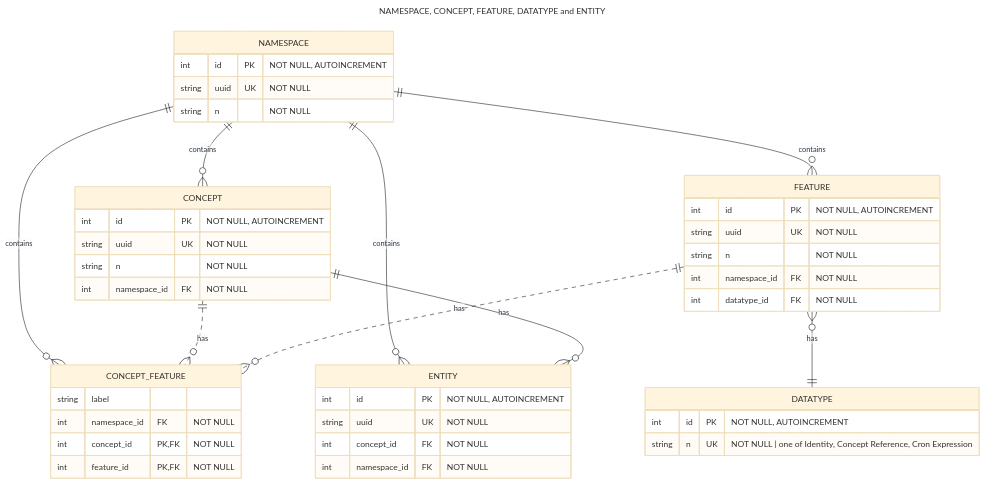
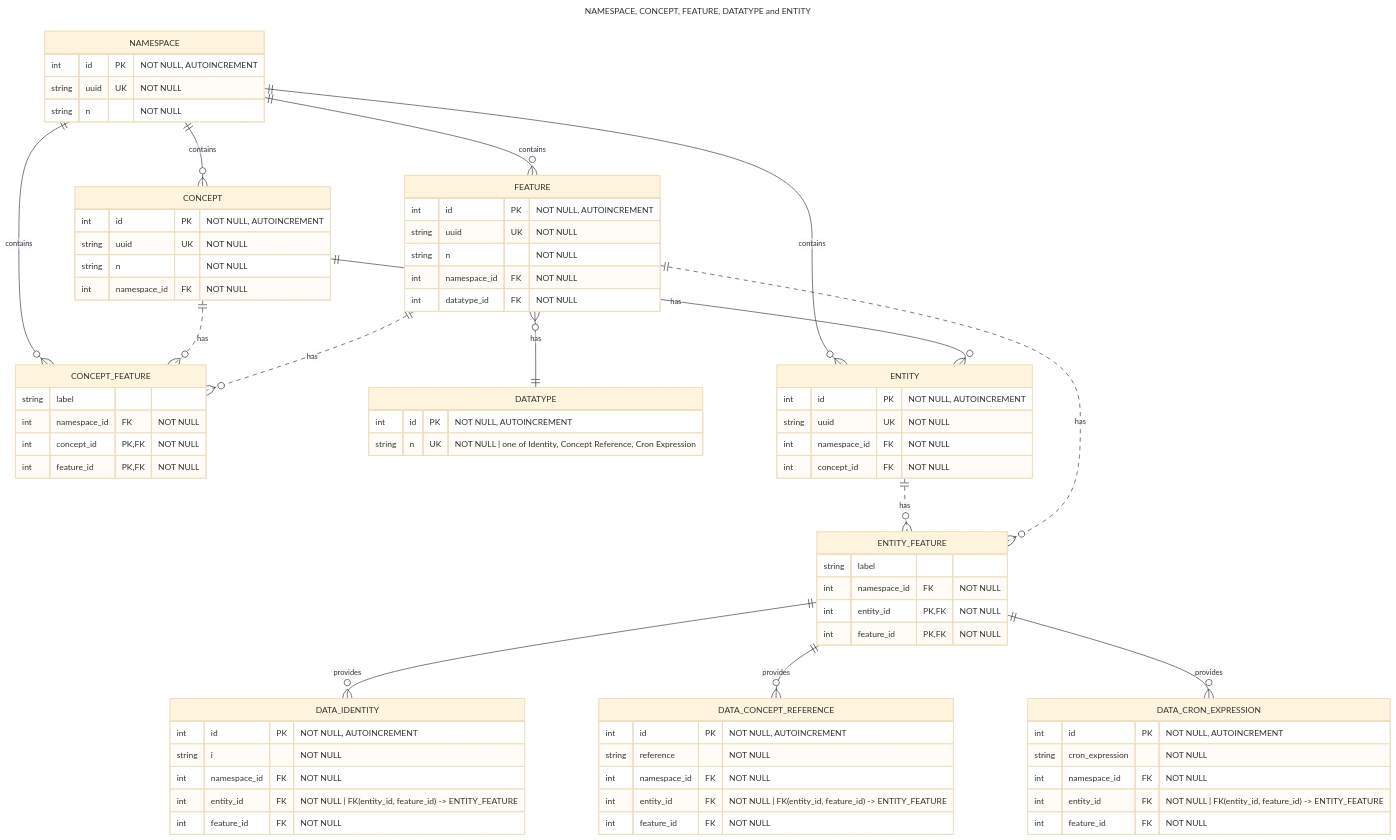
Before and after one commit to polarlabs/kodiak-diagrams: the first of 3 diagrams in DATABASE-SCHEMA.md, drawn with Mermaid (base theme).

Commit message:
add: data tables.

````diff
--- a/DATABASE-SCHEMA.md
+++ b/DATABASE-SCHEMA.md
@@ -16,48 +16,80 @@
 ```mermaid
 ---
 title: NAMESPACE, CONCEPT, FEATURE, DATATYPE and ENTITY
 ---
 erDiagram
     NAMESPACE {
         int    id   PK "NOT NULL, AUTOINCREMENT"
         string uuid UK "NOT NULL"
         string n       "NOT NULL"
     }
     CONCEPT {
         int    id           PK "NOT NULL, AUTOINCREMENT"
         string uuid         UK "NOT NULL"
         string n               "NOT NULL"
         int    namespace_id FK "NOT NULL"
     }
     FEATURE {
         int    id           PK "NOT NULL, AUTOINCREMENT"
         string uuid         UK "NOT NULL"
         string n               "NOT NULL"
         int    namespace_id FK "NOT NULL"
         int    datatype_id  FK "NOT NULL"
     }
     CONCEPT_FEATURE {
         string label
         int    namespace_id FK     "NOT NULL"
         int    concept_id   PK, FK "NOT NULL"
         int    feature_id   PK, FK "NOT NULL"
     }
     DATATYPE {
         int    id PK "NOT NULL, AUTOINCREMENT"
         string n  UK "NOT NULL | one of Identity, Concept Reference, Cron Expression"
     }
     ENTITY {
         int    id           PK "NOT NULL, AUTOINCREMENT"
         string uuid         UK "NOT NULL"
+        int    namespace_id FK "NOT NULL"
         int    concept_id   FK "NOT NULL"
+    }
+    ENTITY_FEATURE {
+        string label
+        int    namespace_id FK     "NOT NULL"
+        int    entity_id    PK, FK "NOT NULL"
+        int    feature_id   PK, FK "NOT NULL"
+    }
+    DATA_IDENTITY {
+        int    id           PK "NOT NULL, AUTOINCREMENT"
+        string i               "NOT NULL"
         int    namespace_id FK "NOT NULL"
+        int    entity_id    FK "NOT NULL | FK(entity_id, feature_id) -> ENTITY_FEATURE"
+        int    feature_id   FK "NOT NULL"
     }
-    NAMESPACE ||--o{ CONCEPT         : contains
-    NAMESPACE ||--o{ FEATURE         : contains
-    NAMESPACE ||--o{ CONCEPT_FEATURE : contains
-    NAMESPACE ||--o{ ENTITY          : contains
-    CONCEPT   ||..o{ CONCEPT_FEATURE : has
-    CONCEPT   ||--o{ ENTITY          : has
-    FEATURE   ||..o{ CONCEPT_FEATURE : has
-    FEATURE   }o--|| DATATYPE        : has    
+    DATA_CONCEPT_REFERENCE {
+        int    id           PK "NOT NULL, AUTOINCREMENT"
+        string reference       "NOT NULL"
+        int    namespace_id FK "NOT NULL"
+        int    entity_id    FK "NOT NULL | FK(entity_id, feature_id) -> ENTITY_FEATURE"
+        int    feature_id   FK "NOT NULL"
+    }
+    DATA_CRON_EXPRESSION {
+        int    id              PK "NOT NULL, AUTOINCREMENT"
+        string cron_expression    "NOT NULL"
+        int    namespace_id    FK "NOT NULL"
+        int    entity_id       FK "NOT NULL | FK(entity_id, feature_id) -> ENTITY_FEATURE"
+        int    feature_id      FK "NOT NULL"
+    }
+    NAMESPACE      ||--o{ CONCEPT                : contains
+    NAMESPACE      ||--o{ FEATURE                : contains
+    NAMESPACE      ||--o{ CONCEPT_FEATURE        : contains
+    NAMESPACE      ||--o{ ENTITY                 : contains
+    CONCEPT        ||..o{ CONCEPT_FEATURE        : has
+    FEATURE        ||..o{ CONCEPT_FEATURE        : has
+    FEATURE        }o--|| DATATYPE               : has
+    CONCEPT        ||--o{ ENTITY                 : has
+    ENTITY         ||..o{ ENTITY_FEATURE         : has
+    FEATURE        ||..o{ ENTITY_FEATURE         : has
+    ENTITY_FEATURE ||--o{ DATA_IDENTITY          : provides
+    ENTITY_FEATURE ||--o{ DATA_CONCEPT_REFERENCE : provides
+    ENTITY_FEATURE ||--o{ DATA_CRON_EXPRESSION   : provides
 ```
````
